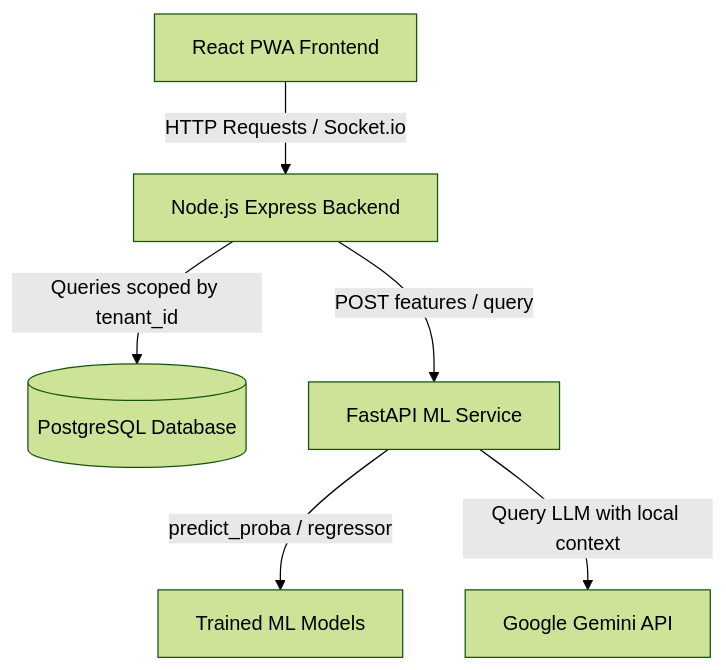
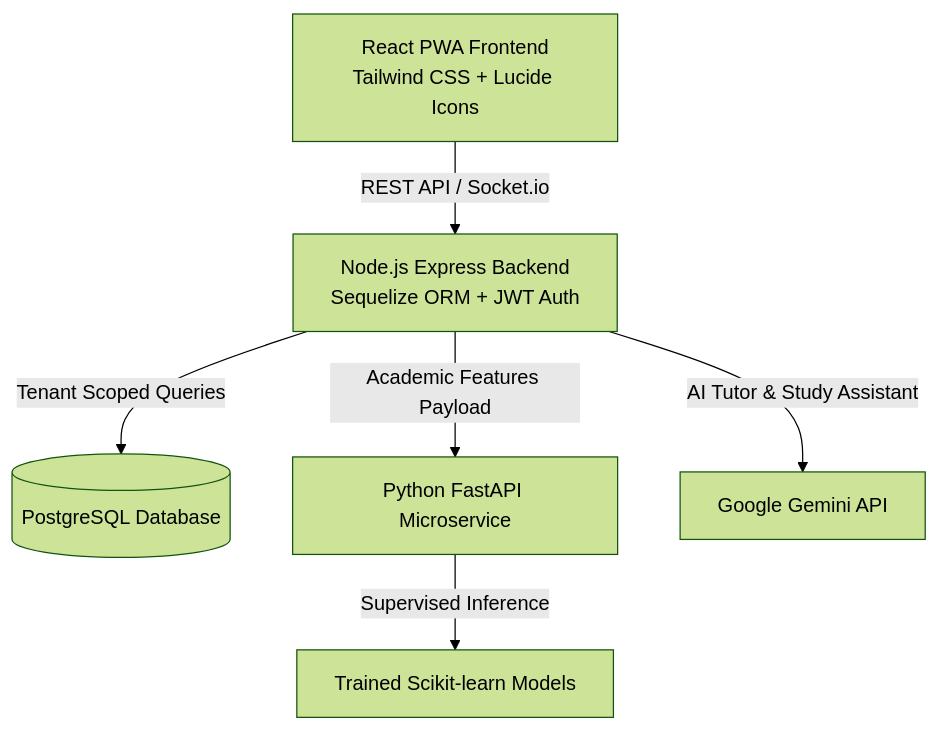
One commit to manish-0018/Edu-Stack-Pro changed the diagram in README.md. Above: the diagram before and after it, drawn with Mermaid (forest theme). The commit also changed other lines of this file and 5 other files, not shown here.

````diff
--- a/README.md
+++ b/README.md
@@ -89,8 +59,8 @@
 ```mermaid
 graph TD
-  F[React PWA Frontend] -->|HTTP Requests / Socket.io| B[Node.js Express Backend]
-  B -->|Queries scoped by tenant_id| DB[(PostgreSQL Database)]
-  B -->|POST features / query| ML[FastAPI ML Service]
-  ML -->|predict_proba / regressor| RF[Trained ML Models]
-  ML -->|Query LLM with local context| LLM[Google Gemini API]
+  F[React PWA Frontend<br/>Tailwind CSS + Lucide Icons] -->|REST API / Socket.io| B[Node.js Express Backend<br/>Sequelize ORM + JWT Auth]
+  B -->|Tenant Scoped Queries| DB[(PostgreSQL Database)]
+  B -->|Academic Features Payload| ML[Python FastAPI Microservice]
+  ML -->|Supervised Inference| Models[Trained Scikit-learn Models]
+  B -->|AI Tutor & Study Assistant| LLM[Google Gemini API]
 ```
````
